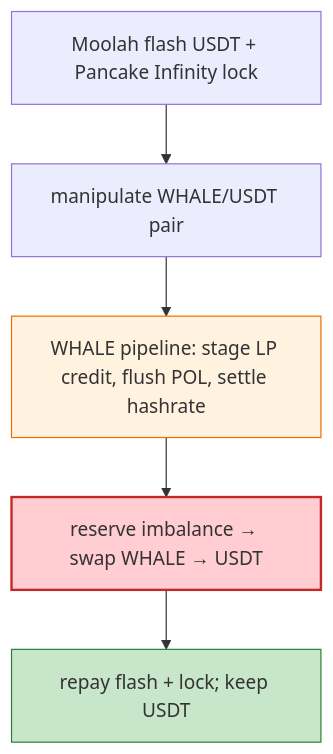
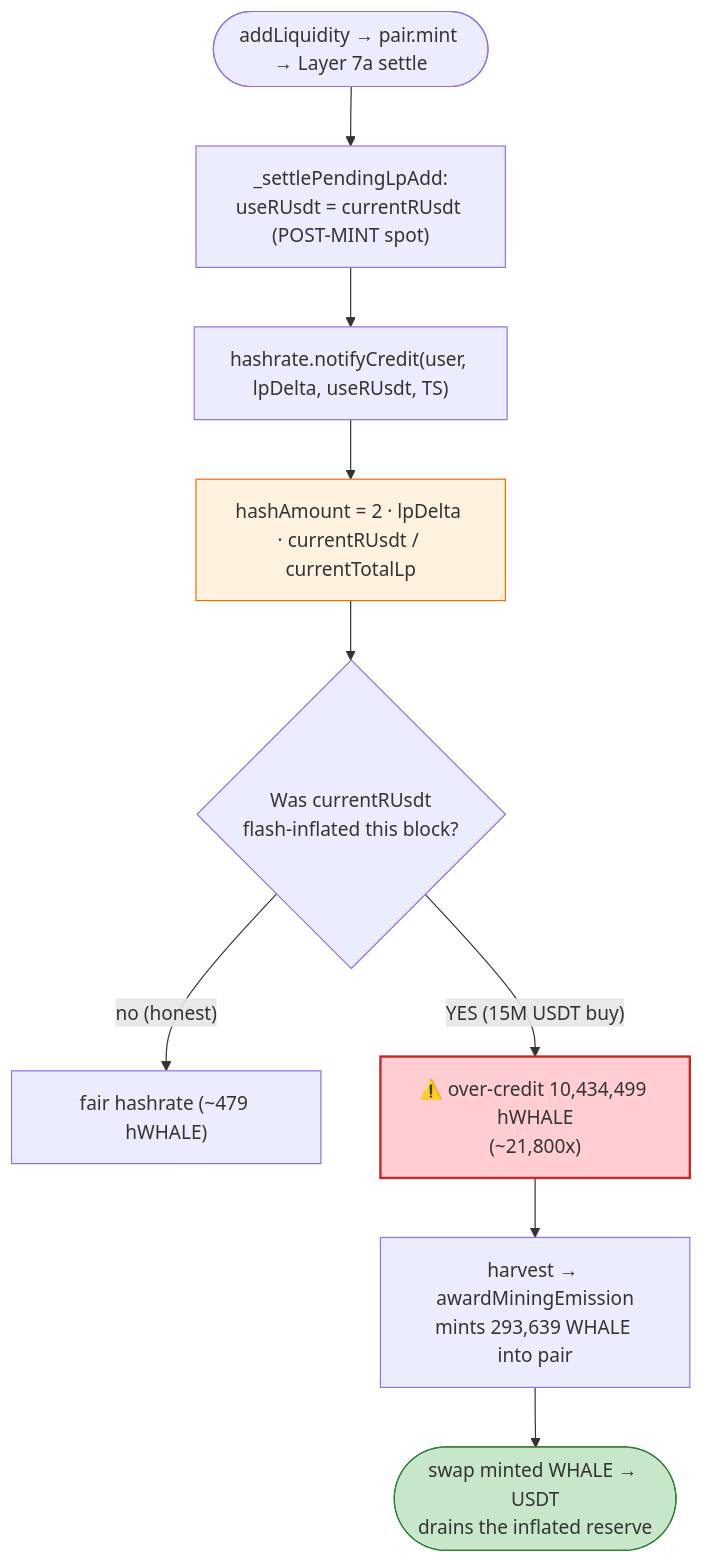
One commit to sanbir/evm-hack-registry changed the third of 4 diagrams in 2026-06-WHALE_exp/WHALE_exp.md. Above: the diagram before and after it, drawn with Mermaid. The commit also changed other lines of this file and 32 other files, not shown here.

````diff
--- a/2026-06-WHALE_exp/WHALE_exp.md
+++ b/2026-06-WHALE_exp/WHALE_exp.md
@@ -40,11 +396,15 @@
 ```mermaid
 flowchart TD
-    FL["Moolah flash USDT + Pancake Infinity lock"] --> M["manipulate WHALE/USDT pair"]
-    M --> P["WHALE pipeline: stage LP credit, flush POL, settle hashrate"]
-    P --> SW["reserve imbalance → swap WHALE → USDT"]
-    SW --> RP["repay flash + lock; keep USDT"]
+    Start(["addLiquidity → pair.mint → Layer 7a settle"]) --> Settle["_settlePendingLpAdd:<br/>useRUsdt = currentRUsdt (POST-MINT spot)"]
+    Settle --> Call["hashrate.notifyCredit(user, lpDelta, useRUsdt, TS)"]
+    Call --> Formula["hashAmount = 2 · lpDelta · currentRUsdt / currentTotalLp"]
+    Formula --> Q{"Was currentRUsdt<br/>flash-inflated this block?"}
+    Q -- "no (honest)" --> Fair["fair hashrate (~479 hWHALE)"]
+    Q -- "YES (15M USDT buy)" --> Bad["⚠️ over-credit 10,434,499 hWHALE<br/>(~21,800x)"]
+    Bad --> Mint["harvest → awardMiningEmission<br/>mints 293,639 WHALE into pair"]
+    Mint --> Sell(["swap minted WHALE → USDT<br/>drains the inflated reserve"])
 
-    style P fill:#fff3e0,stroke:#ef6c00
-    style SW fill:#ffcdd2,stroke:#c62828,stroke-width:2px
-    style RP fill:#c8e6c9,stroke:#2e7d32
+    style Formula fill:#fff3e0,stroke:#ef6c00
+    style Bad fill:#ffcdd2,stroke:#c62828,stroke-width:2px
+    style Sell fill:#c8e6c9,stroke:#2e7d32
 ```
````
